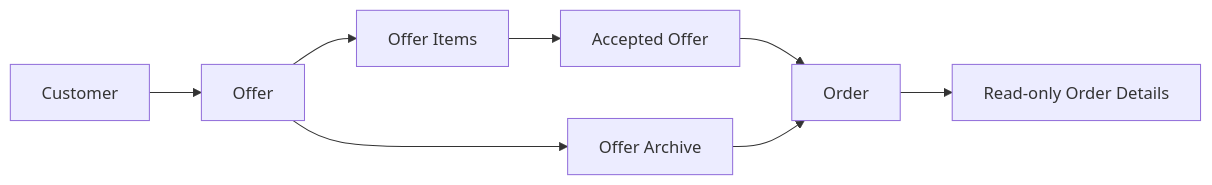
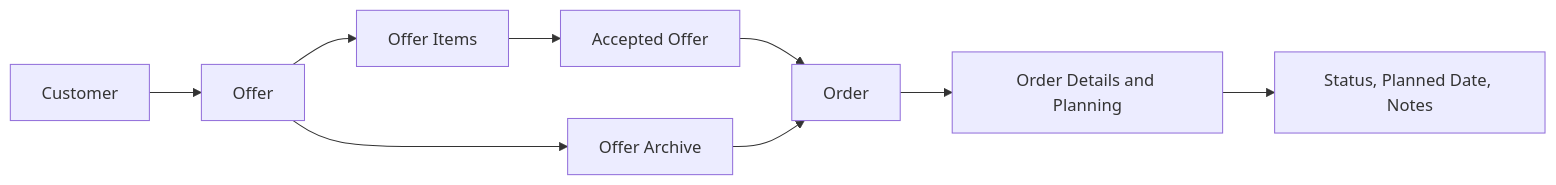
Before and after one commit to aaronddecker/gartenzwerge-offer-management: the diagram in docs/project/current-status.md, drawn with Mermaid. The commit also changed other lines of this file and 9 other files, not shown here.

First line of the commit message:
feat: add order planning and status management UI (#16)

````diff
--- a/docs/project/current-status.md
+++ b/docs/project/current-status.md
@@ -31,11 +31,12 @@
 ```mermaid
 flowchart LR
     Customer[Customer] --> Offer[Offer]
     Offer --> OfferItems[Offer Items]
     OfferItems --> AcceptedOffer[Accepted Offer]
     AcceptedOffer --> Order[Order]
-    Order --> OrderDetails[Read-only Order Details]
+    Order --> OrderDetails[Order Details and Planning]
+    OrderDetails --> Lifecycle[Status, Planned Date, Notes]
 
     Offer --> OfferArchive[Offer Archive]
     OfferArchive --> Order
 ```
````
